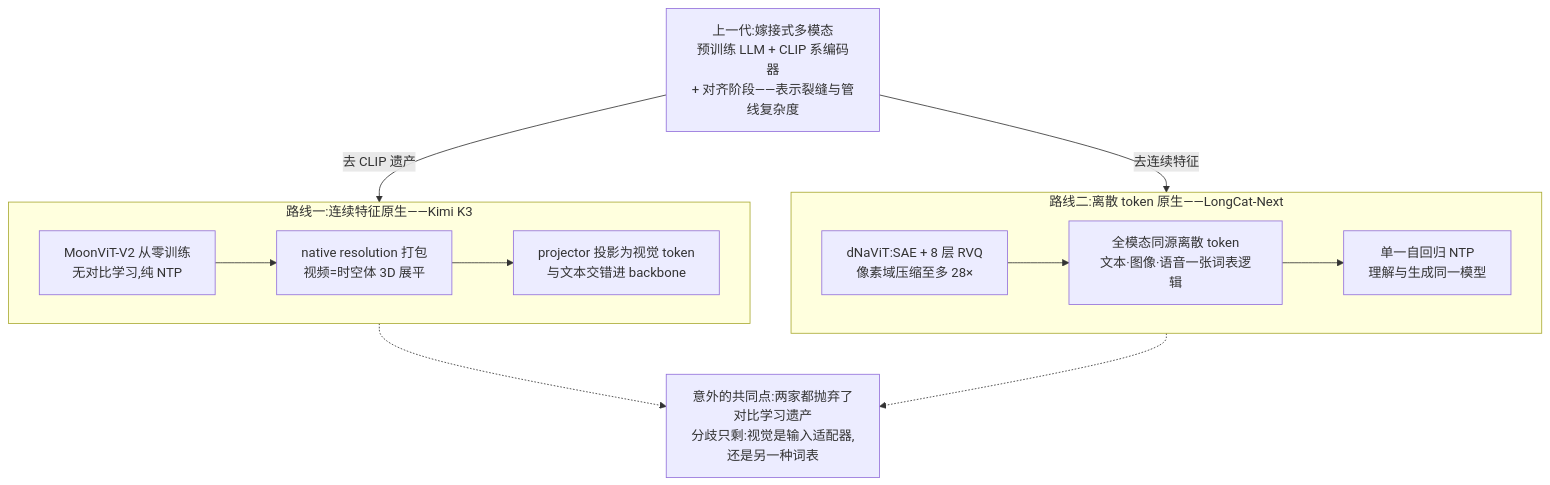
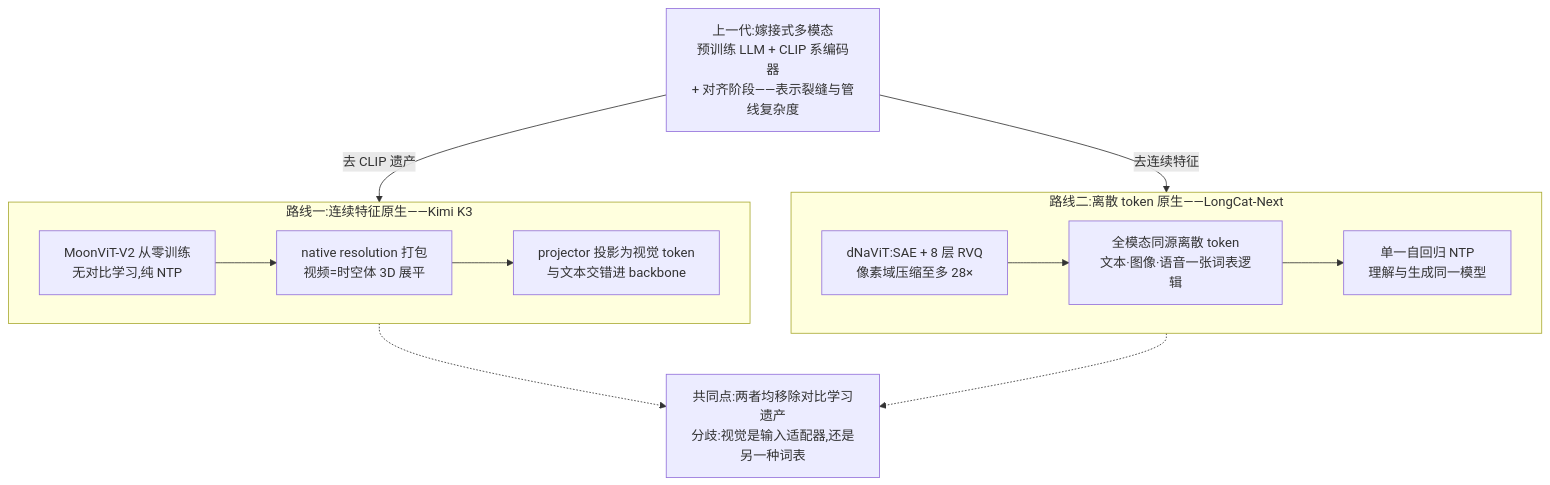
One commit to lloo099/mission44 changed the first of 3 diagrams in docs/blog/dispatch-28-native-multimodal.md. Above: the diagram before and after it, drawn with Mermaid. The commit also changed other lines of this file and 2 other files, not shown here.

Commit message:
D28 style revision: 全文去口语化改写 54 处 (标准: 专业简洁——'把X删掉'→'去除X'、'数据学'→'数据策略'、'卖点'→'主张'、'抓手'→'保障'、'黑箱'→'未公开'、'占坑'→'公开工作' 等; 正文+图节点+TL;DR+blog.json 摘要同步)

````diff
--- a/docs/blog/dispatch-28-native-multimodal.md
+++ b/docs/blog/dispatch-28-native-multimodal.md
@@ -22,21 +22,21 @@
 ```mermaid
 flowchart TB
     LEGACY["上一代:嫁接式多模态<br/>预训练 LLM + CLIP 系编码器<br/>+ 对齐阶段——表示裂缝与管线复杂度"]
     subgraph CONT ["路线一:连续特征原生——Kimi K3"]
         C1["MoonViT-V2 从零训练<br/>无对比学习,纯 NTP"]
         C2["native resolution 打包<br/>视频=时空体 3D 展平"]
         C3["projector 投影为视觉 token<br/>与文本交错进 backbone"]
         C1 --> C2 --> C3
     end
     subgraph DISC ["路线二:离散 token 原生——LongCat-Next"]
         D1["dNaViT:SAE + 8 层 RVQ<br/>像素域压缩至多 28×"]
         D2["全模态同源离散 token<br/>文本·图像·语音一张词表逻辑"]
         D3["单一自回归 NTP<br/>理解与生成同一模型"]
         D1 --> D2 --> D3
     end
     LEGACY -->|"去 CLIP 遗产"| CONT
     LEGACY -->|"去连续特征"| DISC
-    SHARED["意外的共同点:两家都抛弃了对比学习遗产<br/>分歧只剩:视觉是输入适配器,还是另一种词表"]
+    SHARED["共同点:两者均移除对比学习遗产<br/>分歧:视觉是输入适配器,还是另一种词表"]
     CONT -.-> SHARED
     DISC -.-> SHARED
 ```
````
